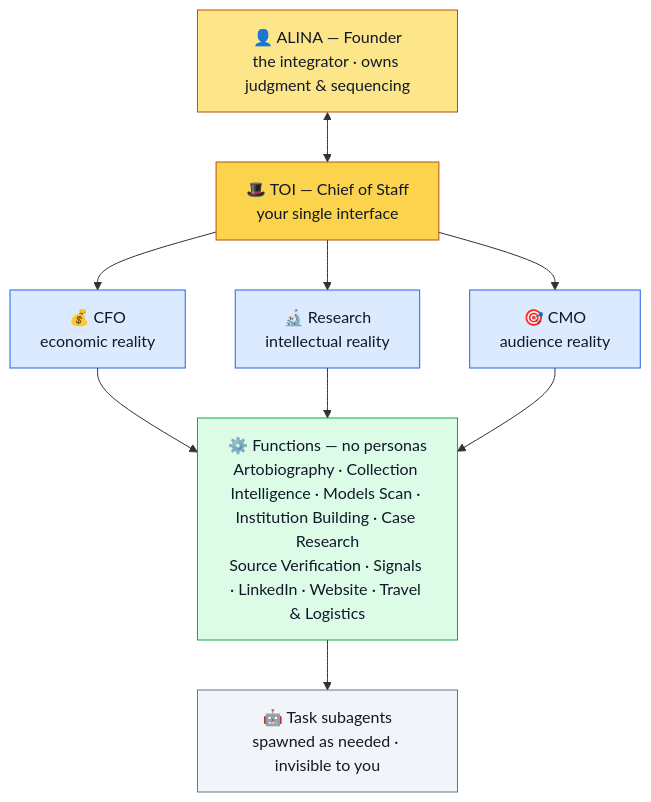
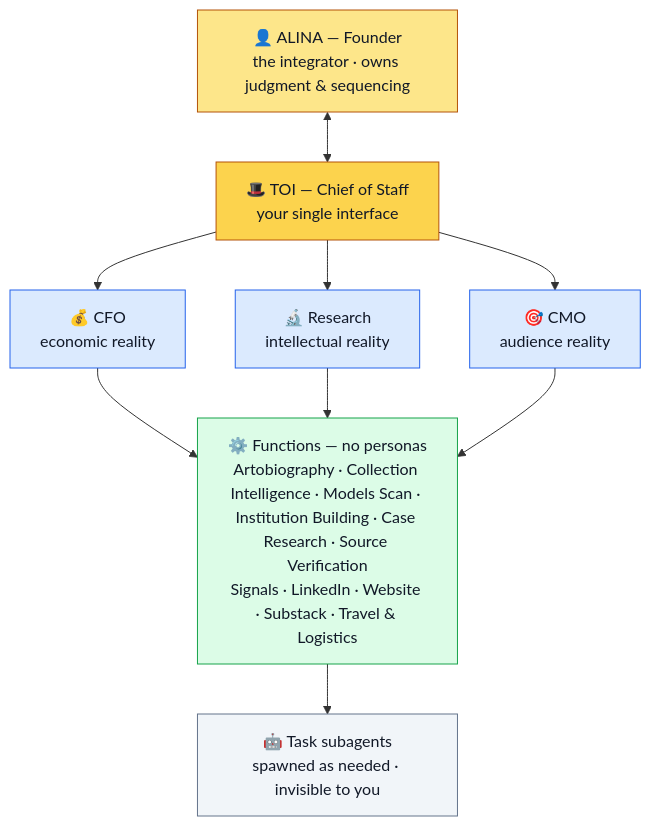
One commit to alinaokun/nariway-art changed the diagram in company/executive-model.md. Above: the diagram before and after it, drawn with Mermaid. The commit also changed other lines of this file and 6 other files, not shown here.

First line of the commit message:
CFO $1M target; Substack function + Notes drafts; Artobiography contacts

````diff
--- a/company/executive-model.md
+++ b/company/executive-model.md
@@ -7,30 +7,30 @@
 ```mermaid
 flowchart TD
     A["👤 ALINA — Founder<br/>the integrator · owns judgment & sequencing"]
     ALF["🎩 TOI — Chief of Staff<br/>your single interface"]
     CFO["💰 CFO<br/>economic reality"]
     RES["🔬 Research<br/>intellectual reality"]
     CMO["🎯 CMO<br/>audience reality"]
-    FUN["⚙️ Functions — no personas<br/>Artobiography · Collection Intelligence · Models Scan · Institution Building · Case Research<br/>Source Verification · Signals · LinkedIn · Website · Travel & Logistics"]
+    FUN["⚙️ Functions — no personas<br/>Artobiography · Collection Intelligence · Models Scan · Institution Building · Case Research · Source Verification<br/>Signals · LinkedIn · Website · Substack · Travel & Logistics"]
     SUB["🤖 Task subagents<br/>spawned as needed · invisible to you"]
 
     A <--> ALF
     ALF --> CFO
     ALF --> RES
     ALF --> CMO
     CFO --> FUN
     RES --> FUN
     CMO --> FUN
     FUN --> SUB
 
     classDef founder fill:#fde68a,stroke:#b45309,color:#111827;
     classDef cos fill:#fcd34d,stroke:#b45309,color:#111827;
     classDef lens fill:#dbeafe,stroke:#2563eb,color:#111827;
     classDef fun fill:#dcfce7,stroke:#16a34a,color:#111827;
     classDef sub fill:#f1f5f9,stroke:#64748b,color:#111827;
     class A founder;
     class ALF cos;
     class CFO,RES,CMO lens;
     class FUN fun;
     class SUB sub;
 ```
````
